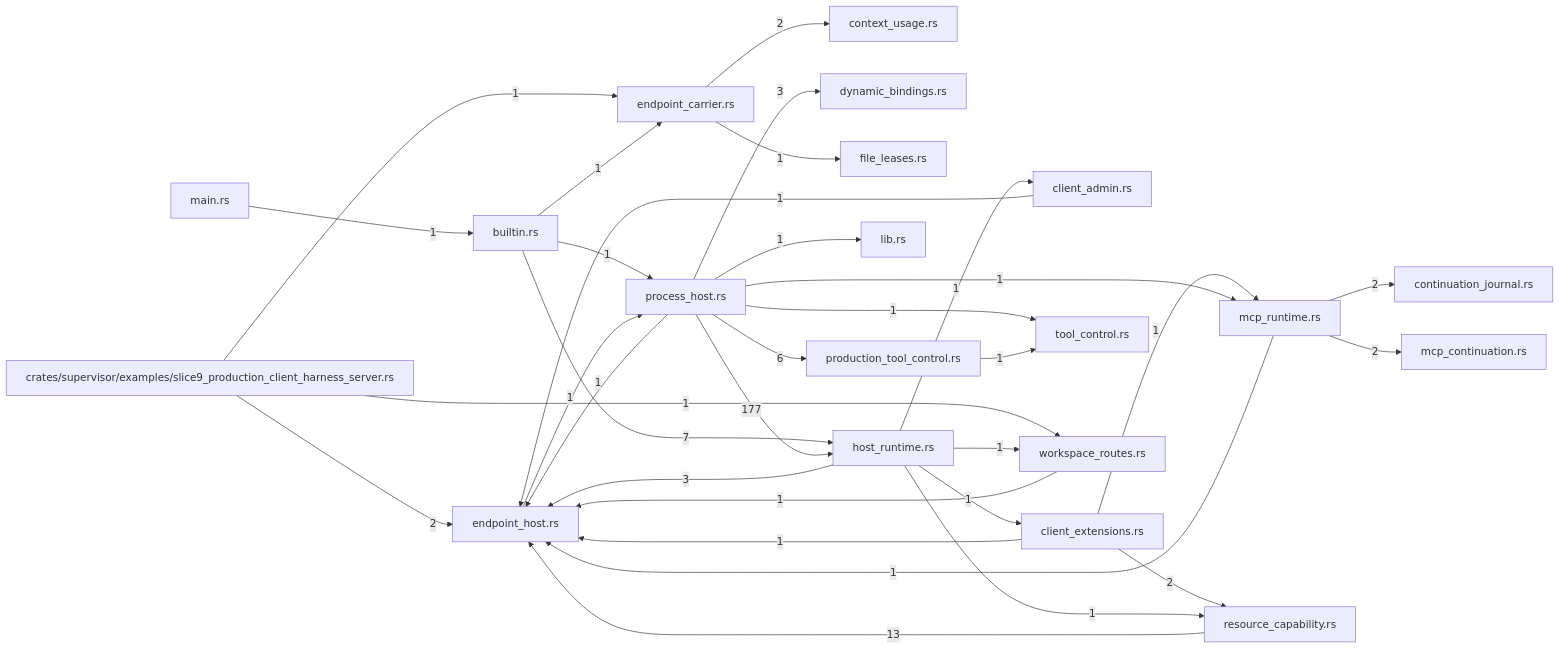
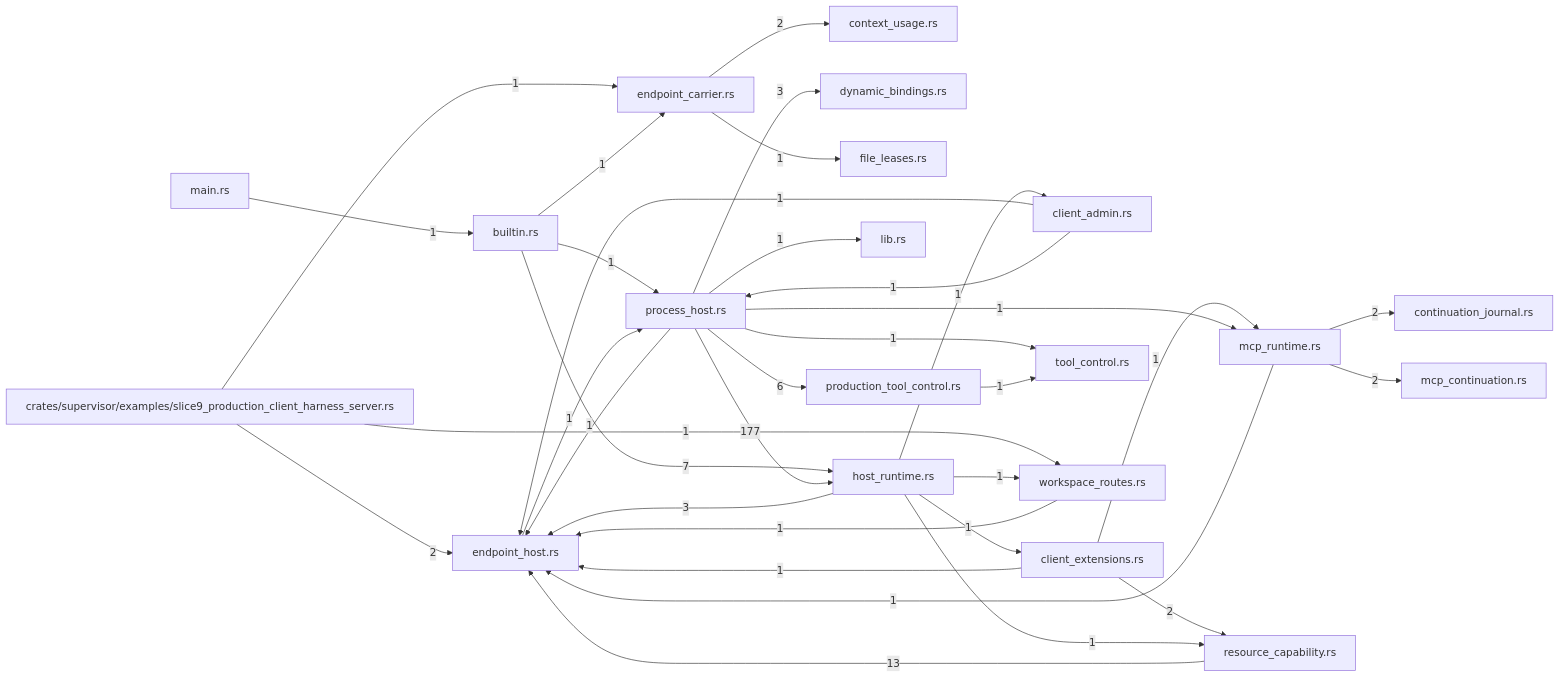
Before and after one commit to TekesApps/TekesKernel: the diagram in crates/supervisor/docs/generated/index.md, drawn with Mermaid. The commit also changed other lines of this file and 37 other files, not shown here.

````diff
--- a/crates/supervisor/docs/generated/index.md
+++ b/crates/supervisor/docs/generated/index.md
@@ -91,55 +91,56 @@
 ```mermaid
 flowchart LR
   m0["crates/supervisor/examples/slice9_production_client_harness_server.rs"]
   m1["builtin.rs"]
   m2["client_admin.rs"]
   m3["client_extensions.rs"]
   m4["context_usage.rs"]
   m5["continuation_journal.rs"]
   m6["dynamic_bindings.rs"]
   m7["endpoint_carrier.rs"]
   m8["endpoint_host.rs"]
   m9["file_leases.rs"]
   m10["host_runtime.rs"]
   m11["lib.rs"]
   m12["main.rs"]
   m13["mcp_continuation.rs"]
   m14["mcp_runtime.rs"]
   m15["process_host.rs"]
   m16["production_tool_control.rs"]
   m17["resource_capability.rs"]
   m18["tool_control.rs"]
   m19["workspace_routes.rs"]
   m0 -->|"1"| m7
   m0 -->|"2"| m8
   m0 -->|"1"| m19
   m1 -->|"1"| m7
   m1 -->|"7"| m10
   m1 -->|"1"| m15
   m2 -->|"1"| m8
+  m2 -->|"1"| m15
   m3 -->|"1"| m8
   m3 -->|"1"| m14
   m3 -->|"2"| m17
   m7 -->|"2"| m4
   m7 -->|"1"| m9
   m8 -->|"1"| m15
   m10 -->|"1"| m2
   m10 -->|"1"| m3
   m10 -->|"3"| m8
   m10 -->|"1"| m17
   m10 -->|"1"| m19
   m12 -->|"1"| m1
   m14 -->|"2"| m5
   m14 -->|"1"| m8
   m14 -->|"2"| m13
   m15 -->|"3"| m6
   m15 -->|"1"| m8
   m15 -->|"177"| m10
   m15 -->|"1"| m11
   m15 -->|"1"| m14
   m15 -->|"6"| m16
   m15 -->|"1"| m18
   m16 -->|"1"| m18
   m17 -->|"13"| m8
   m19 -->|"1"| m8
 ```
````
